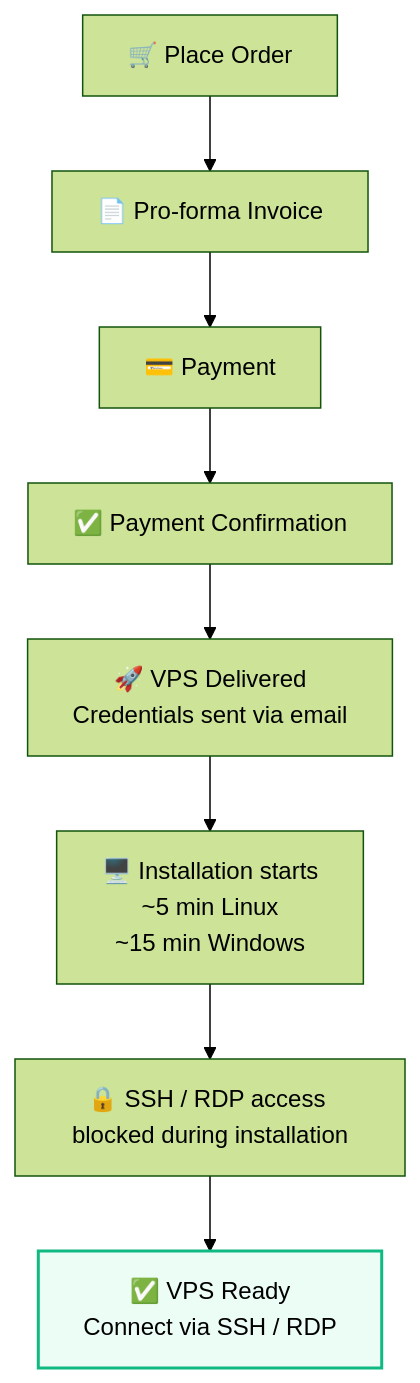
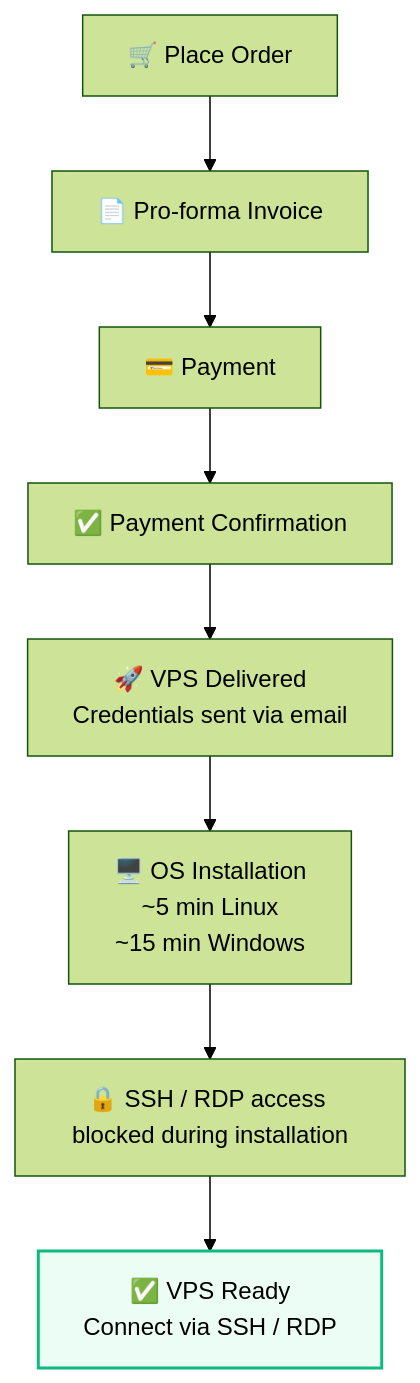
Before and after one commit to gExPl0ReR/docs: the diagram in faq/billing-lifecycle/how-fast-instant-delivery.mdx, drawn with Mermaid (forest theme).

Commit message:
Clarify OS installation step in instant delivery FAQ

````diff
--- a/faq/billing-lifecycle/how-fast-instant-delivery.mdx
+++ b/faq/billing-lifecycle/how-fast-instant-delivery.mdx
@@ -23,13 +23,13 @@
 ```mermaid
 flowchart TD
     A["🛒 Place Order"] --> B["📄 Pro-forma Invoice"]
     B --> C["💳 Payment"]
     C --> D["✅ Payment Confirmation"]
     D --> E["🚀 VPS Delivered<br/>Credentials sent via email"]
-    E --> F["🖥️ Installation starts<br/>~5 min Linux <br/> ~15 min Windows"]
+    E --> F["🖥️ OS Installation<br/>~5 min Linux <br/> ~15 min Windows"]
     F --> G["🔒 SSH / RDP access blocked during installation"]
     G --> H["✅ VPS Ready<br/>Connect via SSH / RDP"]
 
     classDef highlight fill:#ecfdf5,stroke:#10b981,stroke-width:2px;
     class H highlight;
 ```
````
